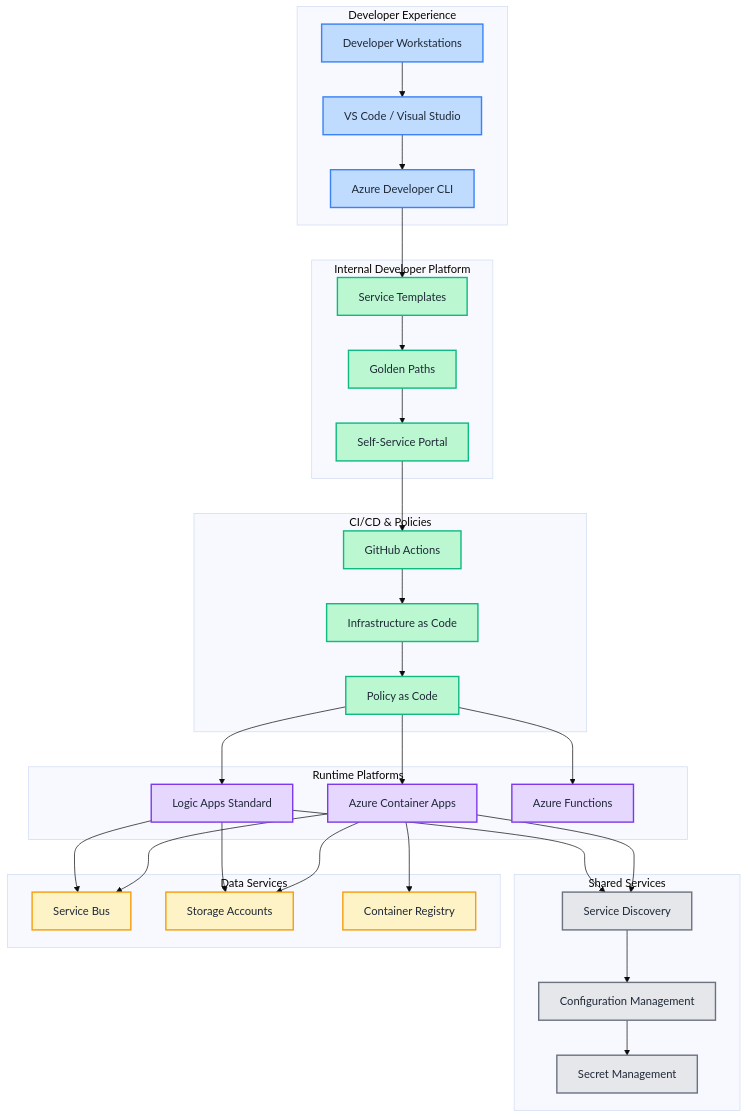
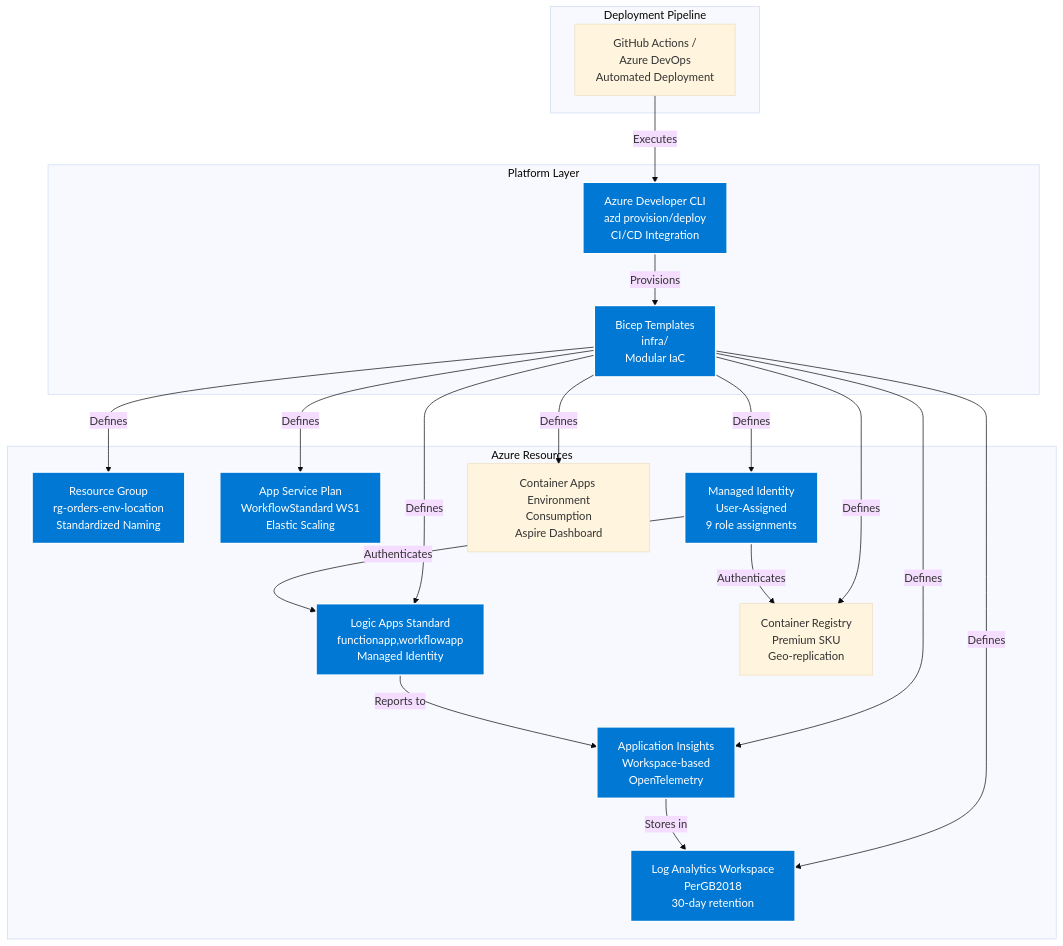
Before and after one commit to Evilazaro/Azure-LogicApps-Monitoring: the sixth of 6 diagrams in README.md, drawn with Mermaid (base theme). The commit also changed other lines of this file and 5 other files, not shown here.

First line of the commit message:
Update orders API and webapp configurations, increase min replicas, and add Application Insights connection string

````diff
--- a/README.md
+++ b/README.md
@@ -704,71 +435,48 @@
 ```mermaid
-flowchart TB
-    subgraph "Developer Experience"
-        A[Developer Workstations]:::developer
-        B[VS Code / Visual Studio]:::developer
-        C[Azure Developer CLI]:::developer
+graph TB
+    subgraph platform["Platform Layer"]
+        BICEP[Bicep Templates<br/>infra/<br/>Modular IaC]
+        AZD[Azure Developer CLI<br/>azd provision/deploy<br/>CI/CD Integration]
     end
     
-    subgraph "Internal Developer Platform"
-        D[Service Templates]:::idp
-        E[Golden Paths]:::idp
-        F[Self-Service Portal]:::idp
+    subgraph resources["Azure Resources"]
+        RG[Resource Group<br/>rg-orders-env-location<br/>Standardized Naming]
+        ASP[App Service Plan<br/>WorkflowStandard WS1<br/>Elastic Scaling]
+        LA[Logic Apps Standard<br/>functionapp,workflowapp<br/>Managed Identity]
+        AI[Application Insights<br/>Workspace-based<br/>OpenTelemetry]
+        LAW[Log Analytics Workspace<br/>PerGB2018<br/>30-day retention]
+        MI[Managed Identity<br/>User-Assigned<br/>9 role assignments]
+        ACR[Container Registry<br/>Premium SKU<br/>Geo-replication]
+        CAE[Container Apps Environment<br/>Consumption<br/>Aspire Dashboard]
     end
     
-    subgraph "CI/CD & Policies"
-        G[GitHub Actions]:::cicd
-        H[Infrastructure as Code]:::cicd
-        I[Policy as Code]:::cicd
+    subgraph pipeline["Deployment Pipeline"]
+        GH[GitHub Actions /<br/>Azure DevOps<br/>Automated Deployment]
     end
     
-    subgraph "Runtime Platforms"
-        J[Azure Container Apps]:::runtime
-        K[Logic Apps Standard]:::runtime
-        L[Azure Functions]:::runtime
-    end
+    BICEP -->|Defines| RG
+    BICEP -->|Defines| ASP
+    BICEP -->|Defines| LA
+    BICEP -->|Defines| AI
+    BICEP -->|Defines| LAW
+    BICEP -->|Defines| MI
+    BICEP -->|Defines| ACR
+    BICEP -->|Defines| CAE
     
-    subgraph "Shared Services"
-        M[Service Discovery]:::shared
-        N[Configuration Management]:::shared
-        O[Secret Management]:::shared
-    end
+    AZD -->|Provisions| BICEP
+    GH -->|Executes| AZD
     
-    subgraph "Data Services"
-        P[Service Bus]:::data
-        Q[Storage Accounts]:::data
-        R[Container Registry]:::data
-    end
+    MI -->|Authenticates| LA
+    MI -->|Authenticates| ACR
+    LA -->|Reports to| AI
+    AI -->|Stores in| LAW
     
-    A --> B
-    B --> C
-    C --> D
-    
-    D --> E
-    E --> F
-    
-    F --> G
-    G --> H
-    H --> I
-    
-    I --> J
-    I --> K
-    I --> L
-    
-    J --> M
-    K --> M
-    M --> N
-    N --> O
-    
-    J --> P
-    K --> P
-    J --> Q
-    K --> Q
-    J --> R
-    
-    classDef developer fill:#BFDBFE,stroke:#3B82F6,stroke-width:2px,color:#1F2937
-    classDef idp fill:#BBF7D0,stroke:#10B981,stroke-width:2px,color:#1F2937
-    classDef cicd fill:#BBF7D0,stroke:#10B981,stroke-width:2px,color:#1F2937
-    classDef runtime fill:#E6D7FF,stroke:#7C3AED,stroke-width:2px,color:#1F2937
-    classDef shared fill:#E5E7EB,stroke:#6B7280,stroke-width:2px,color:#1F2937
-    classDef data fill:#FEF3C7,stroke:#F59E0B,stroke-width:2px,color:#1F2937
+    style BICEP fill:#0078D4,stroke:#fff,stroke-width:2px,color:#fff
+    style AZD fill:#0078D4,stroke:#fff,stroke-width:2px,color:#fff
+    style RG fill:#0078D4,stroke:#fff,stroke-width:2px,color:#fff
+    style ASP fill:#0078D4,stroke:#fff,stroke-width:2px,color:#fff
+    style LA fill:#0078D4,stroke:#fff,stroke-width:2px,color:#fff
+    style AI fill:#0078D4,stroke:#fff,stroke-width:2px,color:#fff
+    style LAW fill:#0078D4,stroke:#fff,stroke-width:2px,color:#fff
+    style MI fill:#0078D4,stroke:#fff,stroke-width:2px,color:#fff
 ```
````
